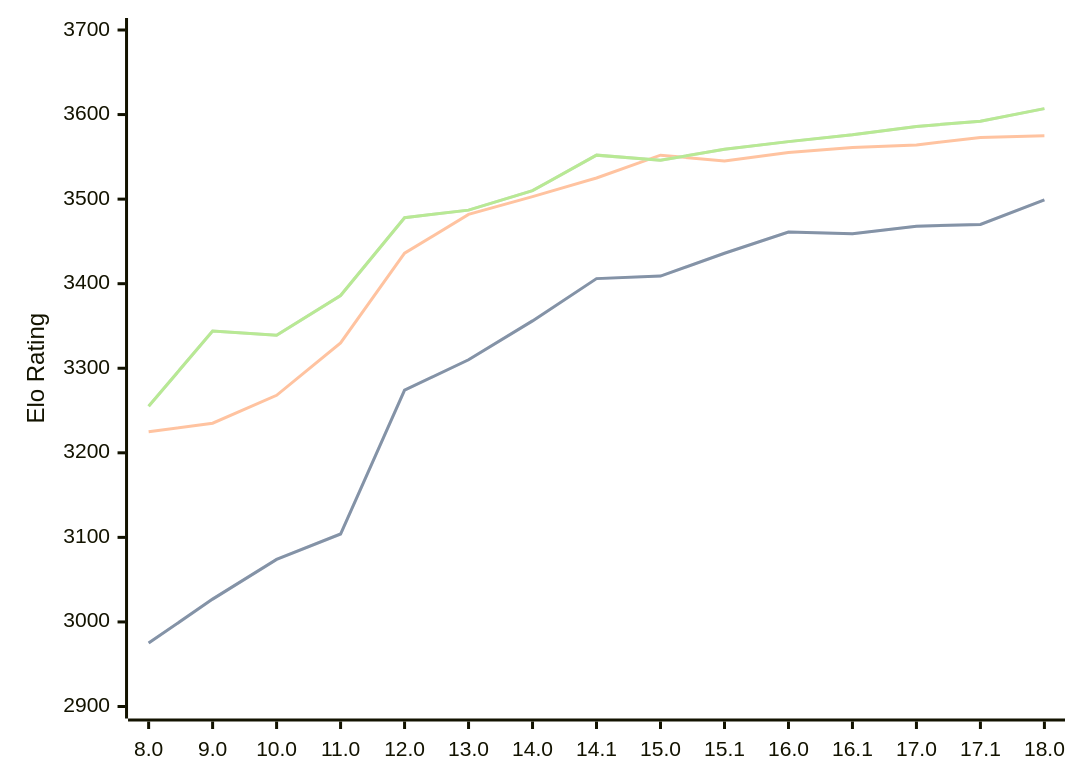
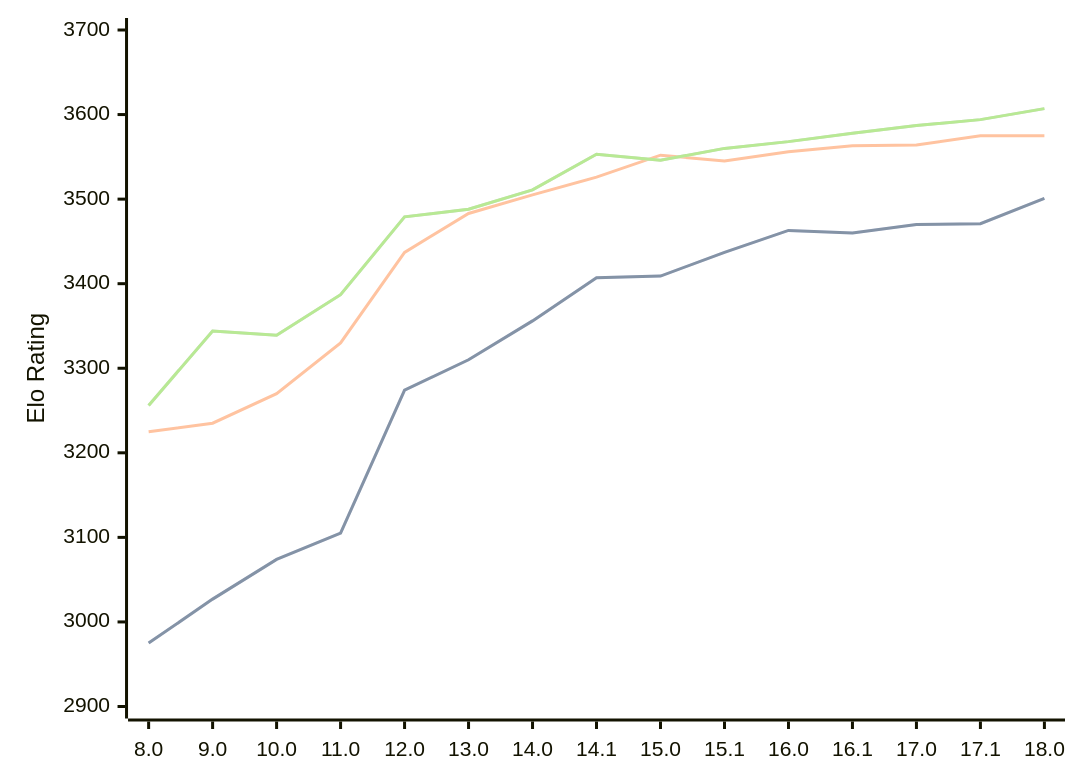
The third of 3 diagrams in engines/Stockfish.md (computer-chess-index/cci), drawn with Mermaid before and after one commit. The commit also changed other lines of this file, not shown here.

Commit message:
Update CCI Ratings (ELO VLTC) - 2026-07-02

````diff
--- a/engines/Stockfish.md
+++ b/engines/Stockfish.md
@@ -79,11 +79,11 @@
 ```mermaid
 %%{init: {"theme":"base","themeVariables":{"seriesColors:['#a3a3a3','#222221','#faa371']}}}%%
 xychart-beta
   x-axis ["8.0", "9.0", "10.0", "11.0", "12.0", "13.0", "14.0", "14.1", "15.0", "15.1", "16.0", "16.1", "17.0", "17.1", "18.0"]
   y-axis "Elo Rating" 2900 --> 3700
-  line "STC (8.0+0.08s)" [2975, 3027, 3074, 3104, 3274, 3310, 3356, 3406, 3409, 3436, 3461, 3459, 3468, 3470, 3499]
-  line "STC (8.0+0.08s)" [2975, 3027, 3074, 3104, 3274, 3310, 3356, 3406, 3409, 3436, 3461, 3459, 3468, 3470, 3499]
-  line "LTC (60.0+0.60s)" [3225, 3235, 3268, 3330, 3436, 3482, 3503, 3525, 3552, 3545, 3555, 3561, 3564, 3573, 3575]
-  line "VLTC (2m24s+1.12s)" [3255, 3344, 3339, 3386, 3478, 3487, 3510, 3552, 3546, 3559, 3568, 3576, 3586, 3592, 3607]
-  line "VLTC (2m24s+1.12s)" [3255, 3344, 3339, 3386, 3478, 3487, 3510, 3552, 3546, 3559, 3568, 3576, 3586, 3592, 3607]
+  line "STC (8.0+0.08s)" [2975, 3027, 3074, 3105, 3274, 3310, 3356, 3407, 3409, 3437, 3463, 3460, 3470, 3471, 3501]
+  line "STC (8.0+0.08s)" [2975, 3027, 3074, 3105, 3274, 3310, 3356, 3407, 3409, 3437, 3463, 3460, 3470, 3471, 3501]
+  line "LTC (60.0+0.60s)" [3225, 3235, 3270, 3330, 3437, 3483, 3505, 3526, 3552, 3545, 3556, 3563, 3564, 3575, 3575]
+  line "VLTC (2m24s+1.12s)" [3256, 3344, 3339, 3387, 3479, 3488, 3511, 3553, 3546, 3560, 3568, 3578, 3587, 3594, 3607]
+  line "VLTC (2m24s+1.12s)" [3256, 3344, 3339, 3387, 3479, 3488, 3511, 3553, 3546, 3560, 3568, 3578, 3587, 3594, 3607]
 ```
````
